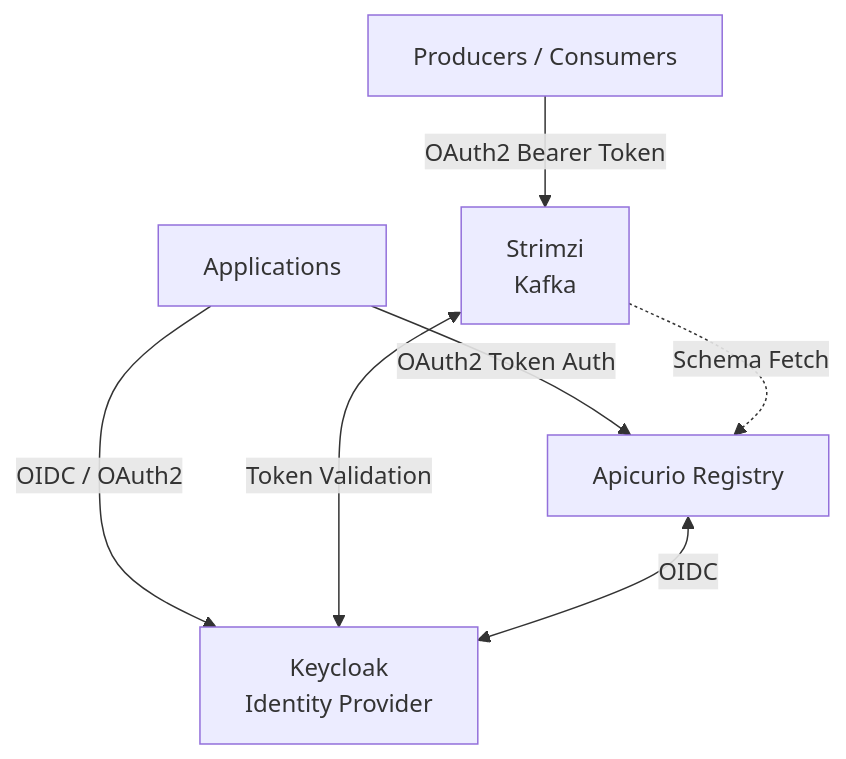
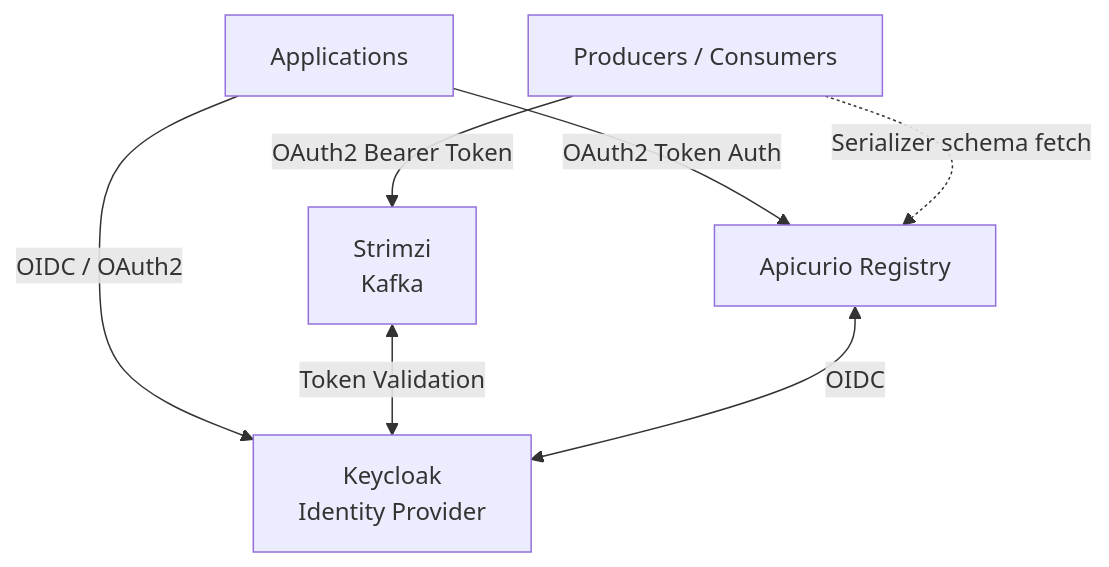
Before and after one commit to carlesarnal/conferences: the diagram in talks/security/README.md, drawn with Mermaid. The commit also changed other lines of this file and 115 other files, not shown here.

````diff
--- a/talks/security/README.md
+++ b/talks/security/README.md
@@ -9,9 +9,9 @@
 ```mermaid
 graph TD
     Clients[Producers / Consumers] -->|OAuth2 Bearer Token| Kafka[Strimzi\nKafka]
     Apps[Applications] -->|OIDC / OAuth2| Keycloak[Keycloak\nIdentity Provider]
     Kafka <-->|Token Validation| Keycloak
     Apps -->|OAuth2 Token Auth| Registry[Apicurio Registry]
     Registry <-->|OIDC| Keycloak
-    Kafka -.->|Schema Fetch| Registry
+    Clients -.->|Serializer schema fetch| Registry
 ```
````
